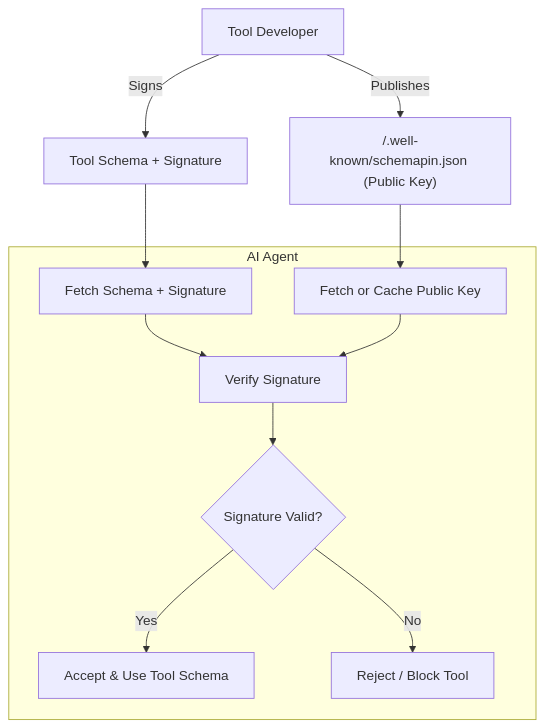
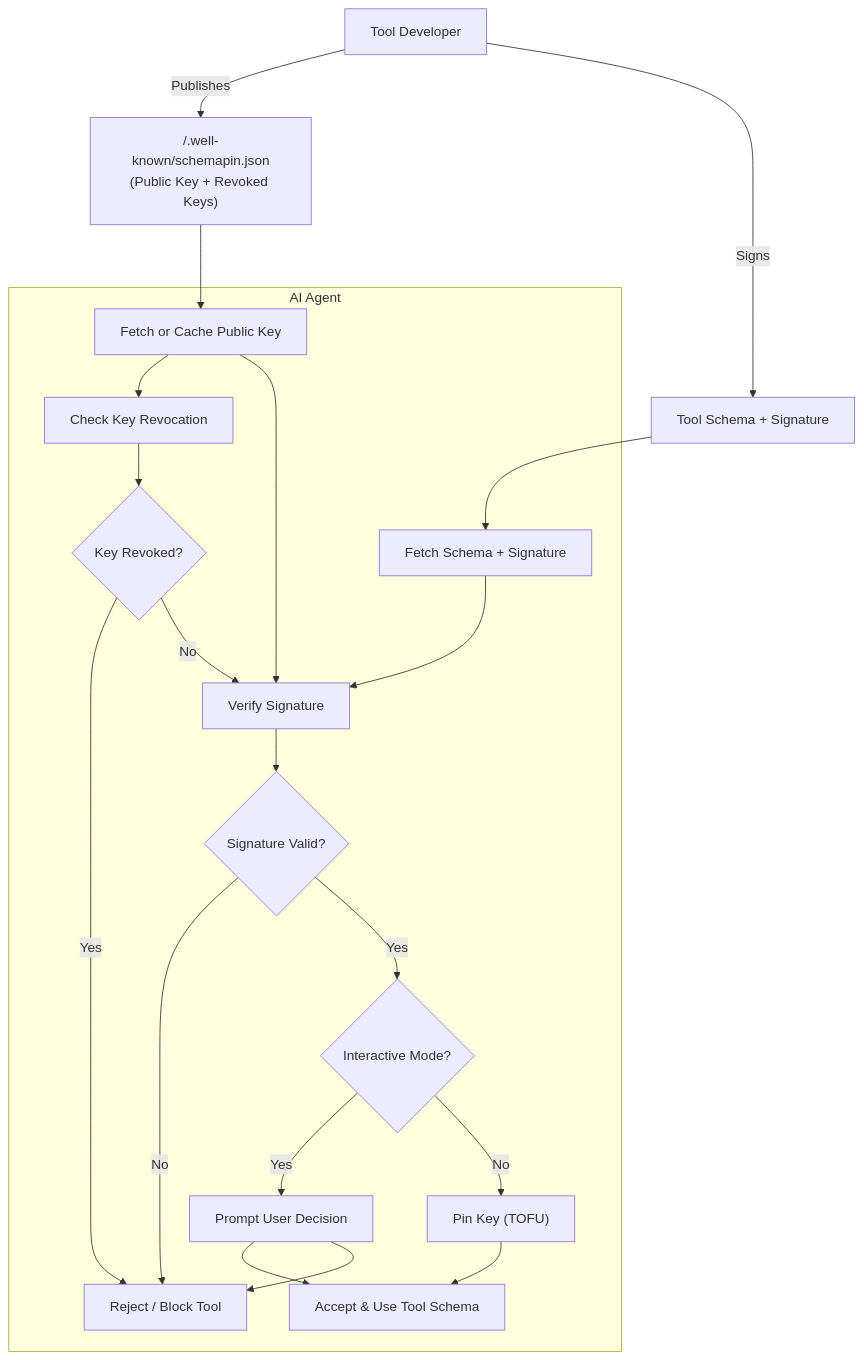
One commit to ThirdKeyAI/SchemaPin changed the first of 2 diagrams in README.md. Above: the diagram before and after it, drawn with Mermaid. The commit also changed other lines of this file and 62 other files, not shown here.

First line of the commit message:
Release v1.1.0: Complete SchemaPin enhancement implementation

````diff
--- a/README.md
+++ b/README.md
@@ -23,22 +51,36 @@
 ```mermaid
 flowchart TD
-    A[Tool Developer] -->|Publishes| B["/.well-known/schemapin.json (Public Key)"]
+    A[Tool Developer] -->|Publishes| B["/.well-known/schemapin.json<br/>(Public Key + Revoked Keys)"]
     A -->|Signs| C["Tool Schema + Signature"]
 
     subgraph "AI Agent"
         D["Fetch Schema + Signature"]
         E["Fetch or Cache Public Key"]
-        F["Verify Signature"]
-        G{"Signature Valid?"}
-        H["Accept & Use Tool Schema"]
-        I["Reject / Block Tool"]
+        F["Check Key Revocation"]
+        G["Verify Signature"]
+        H{"Key Revoked?"}
+        I{"Signature Valid?"}
+        J{"Interactive Mode?"}
+        K["Prompt User Decision"]
+        L["Accept & Use Tool Schema"]
+        M["Reject / Block Tool"]
+        N["Pin Key (TOFU)"]
     end
 
     C --> D
     B --> E
-    D --> F
+    D --> G
     E --> F
-    F --> G
-    G -- Yes --> H
-    G -- No --> I
+    F --> H
+    E --> G
+    H -- Yes --> M
+    H -- No --> G
+    G --> I
+    I -- No --> M
+    I -- Yes --> J
+    J -- Yes --> K
+    J -- No --> N
+    K --> L
+    K --> M
+    N --> L
 ```
````
